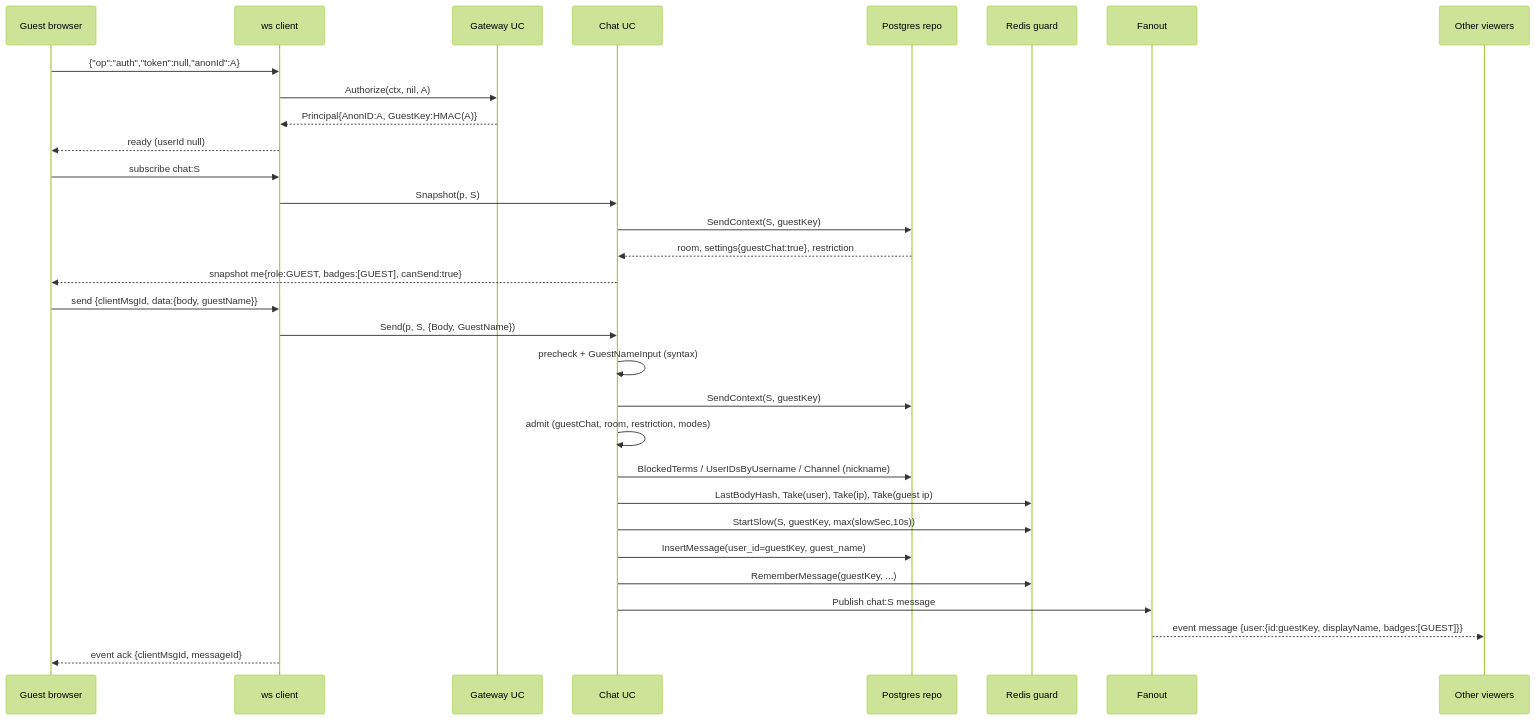
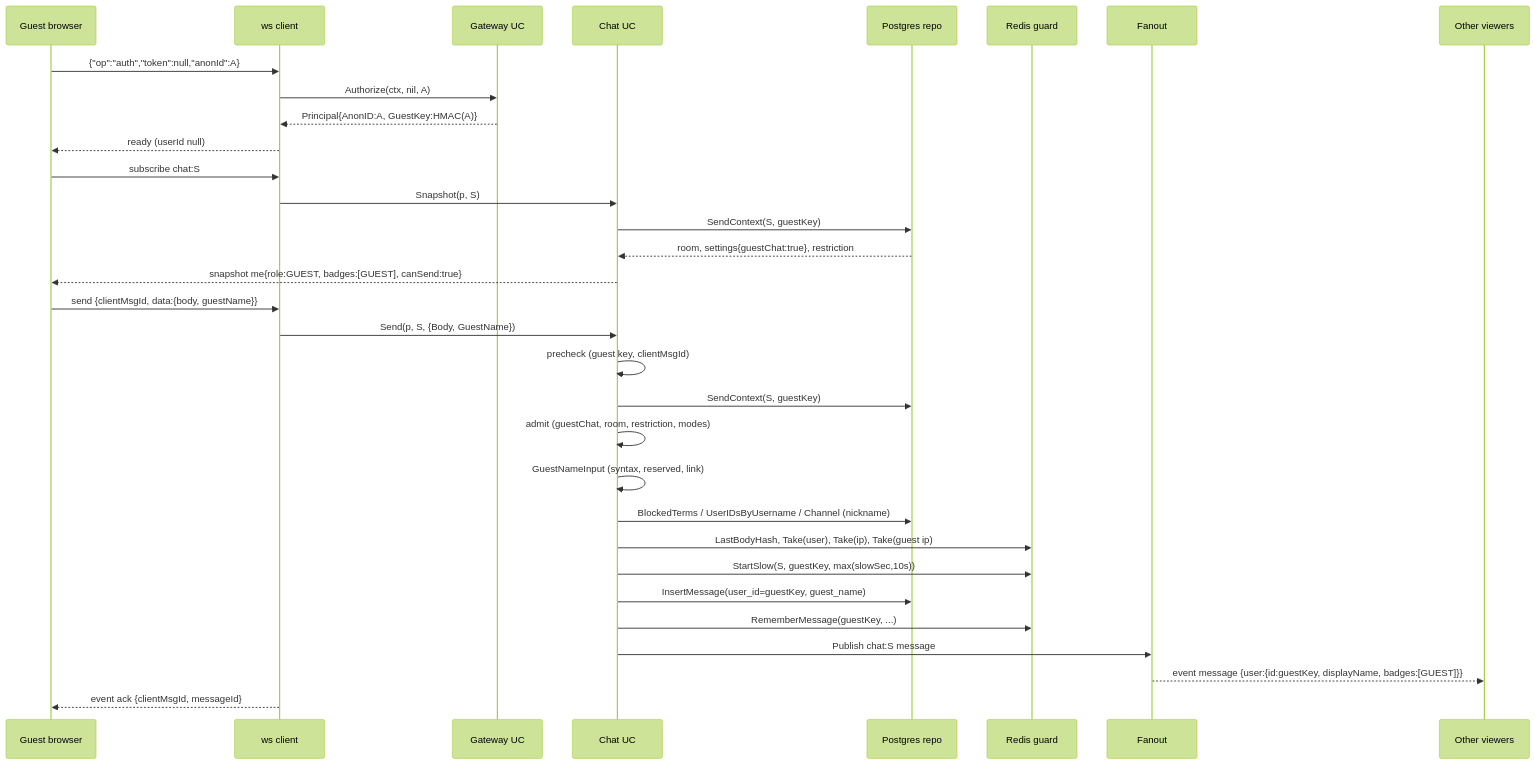
One commit to XiaoChaoMing/nexus-be changed the first of 4 diagrams in docs/plans/technical/2026-11-28-guest-chat.md. Above: the diagram before and after it, drawn with Mermaid (forest theme). The commit also changed other lines of this file and 1 other file, not shown here.

Commit message:
docs(plans): guest chat completed plan and TSD v1.1

````diff
--- a/docs/plans/technical/2026-11-28-guest-chat.md
+++ b/docs/plans/technical/2026-11-28-guest-chat.md
@@ -64,33 +64,34 @@
 ```mermaid
 sequenceDiagram
   participant G as Guest browser
   participant WS as ws client
   participant GW as Gateway UC
   participant CU as Chat UC
   participant PG as Postgres repo
   participant RD as Redis guard
   participant FO as Fanout
   participant V as Other viewers
   G->>WS: {"op":"auth","token":null,"anonId":A}
   WS->>GW: Authorize(ctx, nil, A)
   GW-->>WS: Principal{AnonID:A, GuestKey:HMAC(A)}
   WS-->>G: ready (userId null)
   G->>WS: subscribe chat:S
   WS->>CU: Snapshot(p, S)
   CU->>PG: SendContext(S, guestKey)
   PG-->>CU: room, settings{guestChat:true}, restriction
   CU-->>G: snapshot me{role:GUEST, badges:[GUEST], canSend:true}
   G->>WS: send {clientMsgId, data:{body, guestName}}
   WS->>CU: Send(p, S, {Body, GuestName})
-  CU->>CU: precheck + GuestNameInput (syntax)
+  CU->>CU: precheck (guest key, clientMsgId)
   CU->>PG: SendContext(S, guestKey)
   CU->>CU: admit (guestChat, room, restriction, modes)
+  CU->>CU: GuestNameInput (syntax, reserved, link)
   CU->>PG: BlockedTerms / UserIDsByUsername / Channel (nickname)
   CU->>RD: LastBodyHash, Take(user), Take(ip), Take(guest ip)
   CU->>RD: StartSlow(S, guestKey, max(slowSec,10s))
   CU->>PG: InsertMessage(user_id=guestKey, guest_name)
   CU->>RD: RememberMessage(guestKey, ...)
   CU->>FO: Publish chat:S message
   FO-->>V: event message {user:{id:guestKey, displayName, badges:[GUEST]}}
   WS-->>G: event ack {clientMsgId, messageId}
 ```
````
